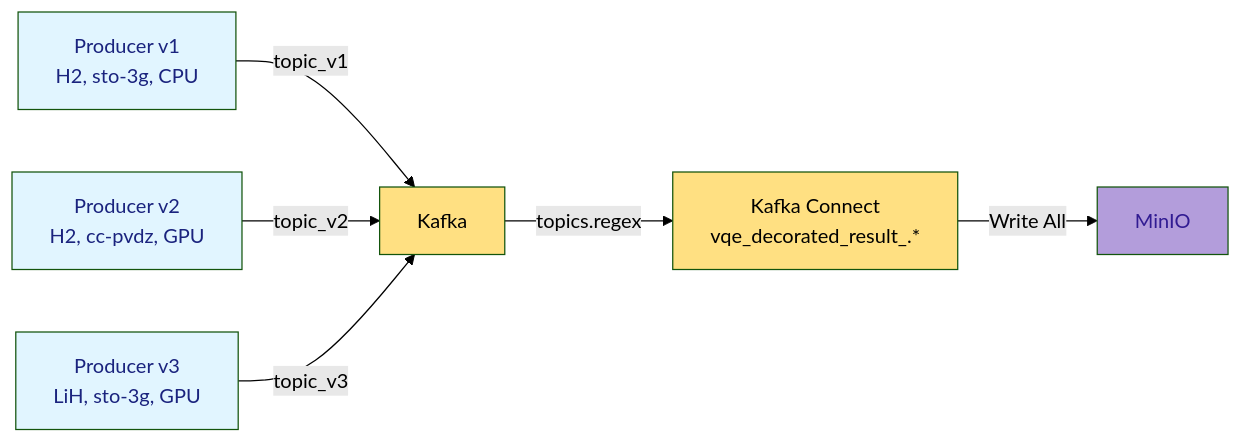
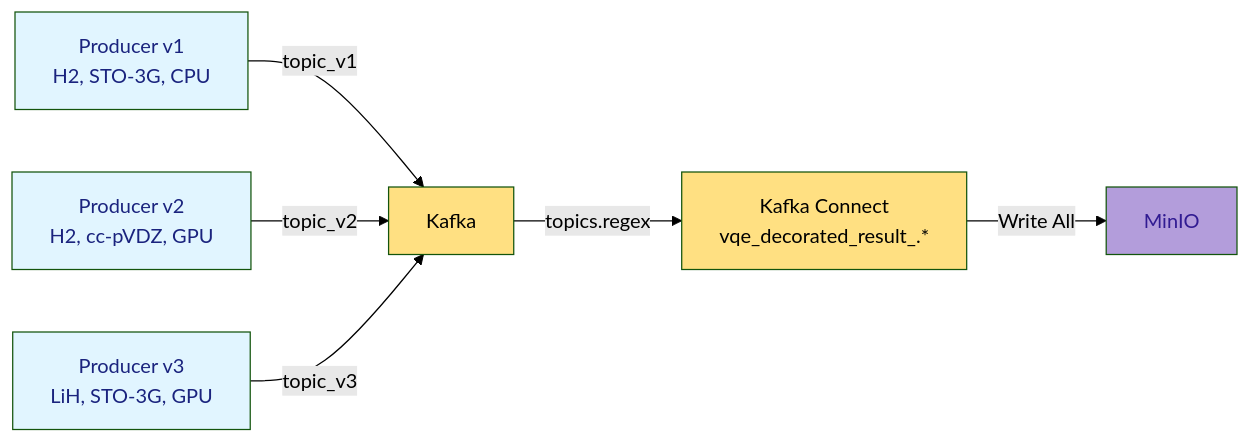
One commit to straightchlorine/quantum-pipeline changed the third of 3 diagrams in docs/architecture/avro-serialization.md. Above: the diagram before and after it, drawn with Mermaid (forest theme). The commit also changed 3 other files, not shown here.

Commit message:
feat: updated the architecture as well to be more concise

````diff
--- a/docs/architecture/avro-serialization.md
+++ b/docs/architecture/avro-serialization.md
@@ -322,17 +322,17 @@
 ```mermaid
 graph LR
-    P1[Producer v1<br/>H2, sto-3g, CPU] -->|topic_v1| K[Kafka]
-    P2[Producer v2<br/>H2, cc-pvdz, GPU] -->|topic_v2| K
-    P3[Producer v3<br/>LiH, sto-3g, GPU] -->|topic_v3| K
+    P1[Producer v1<br/>H2, STO-3G, CPU] -->|topic_v1| K[Kafka]
+    P2[Producer v2<br/>H2, cc-pVDZ, GPU] -->|topic_v2| K
+    P3[Producer v3<br/>LiH, STO-3G, GPU] -->|topic_v3| K
 
     K -->|topics.regex| C[Kafka Connect<br/>vqe_decorated_result_.*]
 
     C -->|Write All| M[MinIO]
 
     style P1 fill:#e1f5ff,color:#1a237e
     style P2 fill:#e1f5ff,color:#1a237e
     style P3 fill:#e1f5ff,color:#1a237e
     style K fill:#ffe082,color:#000
     style C fill:#ffe082,color:#000
     style M fill:#b39ddb,color:#311b92
 ```
````
